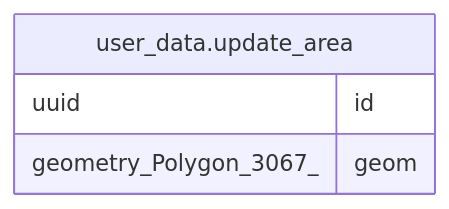
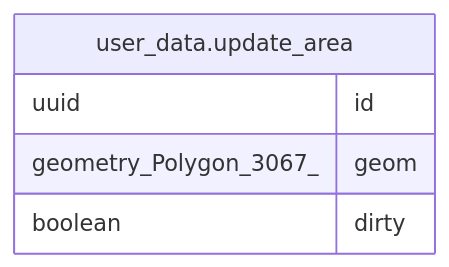
The diagram in components/db/docs/job_db/user_data.update_area.md (nlsfi/pinta), drawn with Mermaid before and after one commit. The commit also changed other lines of this file and 1 other file, not shown here.

Commit message:
chore(db): regenerate tbls documentation

````diff
--- a/components/db/docs/job_db/user_data.update_area.md
+++ b/components/db/docs/job_db/user_data.update_area.md
@@ -25,9 +26,10 @@
 ```mermaid
 erDiagram
 
 
 "user_data.update_area" {
   uuid id
   geometry_Polygon_3067_ geom
+  boolean dirty
 }
 ```
````
